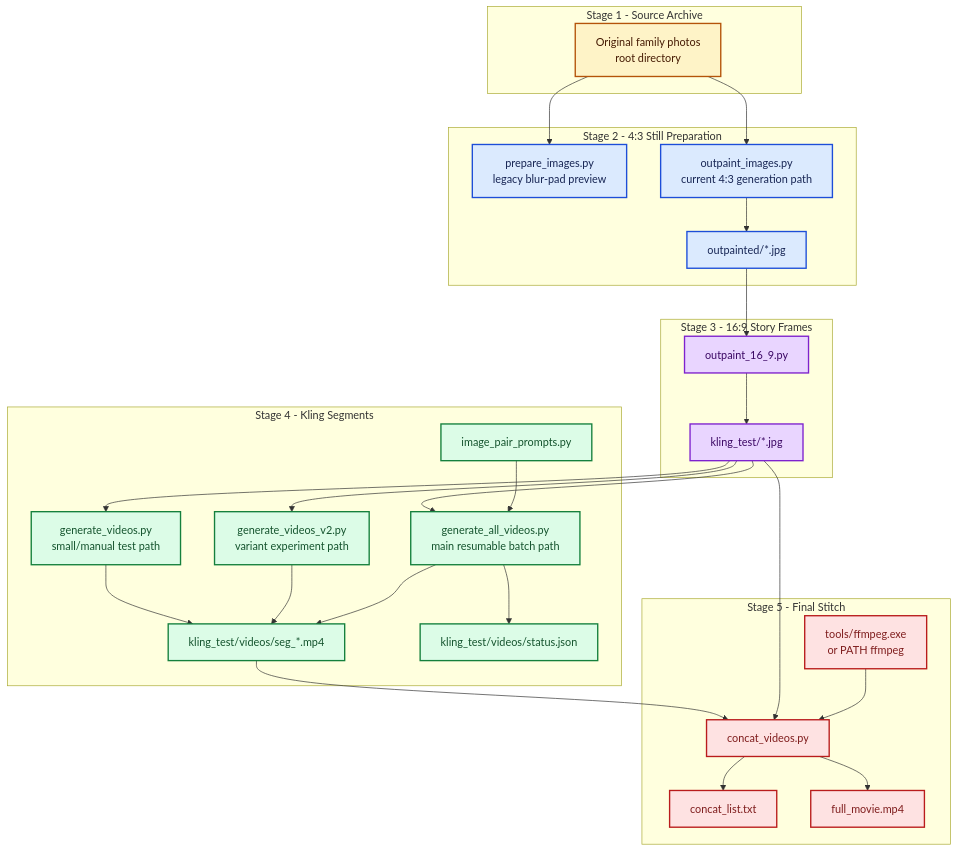
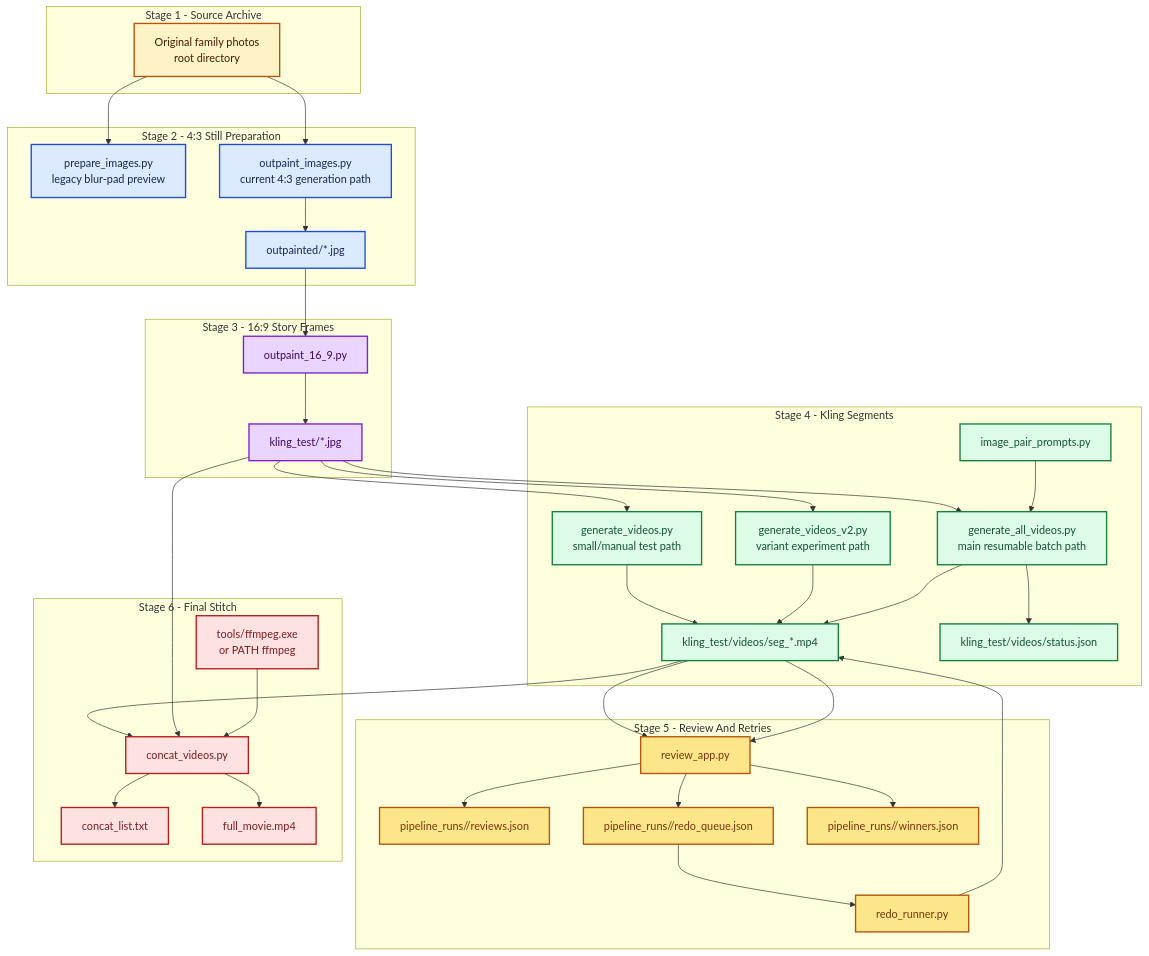
Before and after one commit to dkreinov/frames-to-film: the second of 3 diagrams in architecture.md, drawn with Mermaid. The commit also changed other lines of this file, not shown here.

Commit message:
docs: update architecture for current review flow

````diff
--- a/architecture.md
+++ b/architecture.md
@@ -56,63 +64,80 @@
 ```mermaid
 flowchart TD
     subgraph s1["Stage 1 - Source Archive"]
         A1["Original family photos\nroot directory"]
     end
 
     subgraph s2["Stage 2 - 4:3 Still Preparation"]
         B1["prepare_images.py\nlegacy blur-pad preview"]
         B2["outpaint_images.py\ncurrent 4:3 generation path"]
         B3["outpainted/*.jpg"]
     end
 
     subgraph s3["Stage 3 - 16:9 Story Frames"]
         C1["outpaint_16_9.py"]
         C2["kling_test/*.jpg"]
     end
 
     subgraph s4["Stage 4 - Kling Segments"]
         D1["generate_videos.py\nsmall/manual test path"]
         D2["generate_videos_v2.py\nvariant experiment path"]
         D3["generate_all_videos.py\nmain resumable batch path"]
         D4["image_pair_prompts.py"]
         D5["kling_test/videos/seg_*.mp4"]
         D6["kling_test/videos/status.json"]
     end
 
-    subgraph s5["Stage 5 - Final Stitch"]
-        E1["concat_videos.py"]
-        E2["tools/ffmpeg.exe\nor PATH ffmpeg"]
-        E3["concat_list.txt"]
-        E4["full_movie.mp4"]
+    subgraph s5["Stage 5 - Review And Retries"]
+        E1["review_app.py"]
+        E2["redo_runner.py"]
+        E3["pipeline_runs/<run_id>/reviews.json"]
+        E4["pipeline_runs/<run_id>/redo_queue.json"]
+        E5["pipeline_runs/<run_id>/winners.json"]
+    end
+
+    subgraph s6["Stage 6 - Final Stitch"]
+        F1["concat_videos.py"]
+        F2["tools/ffmpeg.exe\nor PATH ffmpeg"]
+        F3["concat_list.txt"]
+        F4["full_movie.mp4"]
     end
 
     A1 --> B1
     A1 --> B2
     B2 --> B3
     B3 --> C1 --> C2
     C2 --> D1
     C2 --> D2
     C2 --> D3
     D4 --> D3
     D1 --> D5
     D2 --> D5
     D3 --> D5
     D3 --> D6
     D5 --> E1
-    C2 --> E1
-    E2 --> E1
     E1 --> E3
     E1 --> E4
+    E1 --> E5
+    E4 --> E2
+    E2 --> D5
+    D5 --> E1
+    D5 --> F1
+    C2 --> F1
+    F2 --> F1
+    F1 --> F3
+    F1 --> F4
 
     classDef stage1 fill:#fef3c7,stroke:#b45309,color:#451a03,stroke-width:2px;
     classDef stage2 fill:#dbeafe,stroke:#1d4ed8,color:#172554,stroke-width:2px;
     classDef stage3 fill:#e9d5ff,stroke:#7e22ce,color:#3b0764,stroke-width:2px;
     classDef stage4 fill:#dcfce7,stroke:#15803d,color:#14532d,stroke-width:2px;
-    classDef stage5 fill:#fee2e2,stroke:#b91c1c,color:#7f1d1d,stroke-width:2px;
+    classDef stage5 fill:#fde68a,stroke:#b45309,color:#78350f,stroke-width:2px;
+    classDef stage6 fill:#fee2e2,stroke:#b91c1c,color:#7f1d1d,stroke-width:2px;
 
     class A1 stage1;
     class B1,B2,B3 stage2;
     class C1,C2 stage3;
     class D1,D2,D3,D4,D5,D6 stage4;
-    class E1,E2,E3,E4 stage5;
+    class E1,E2,E3,E4,E5 stage5;
+    class F1,F2,F3,F4 stage6;
 ```
````
